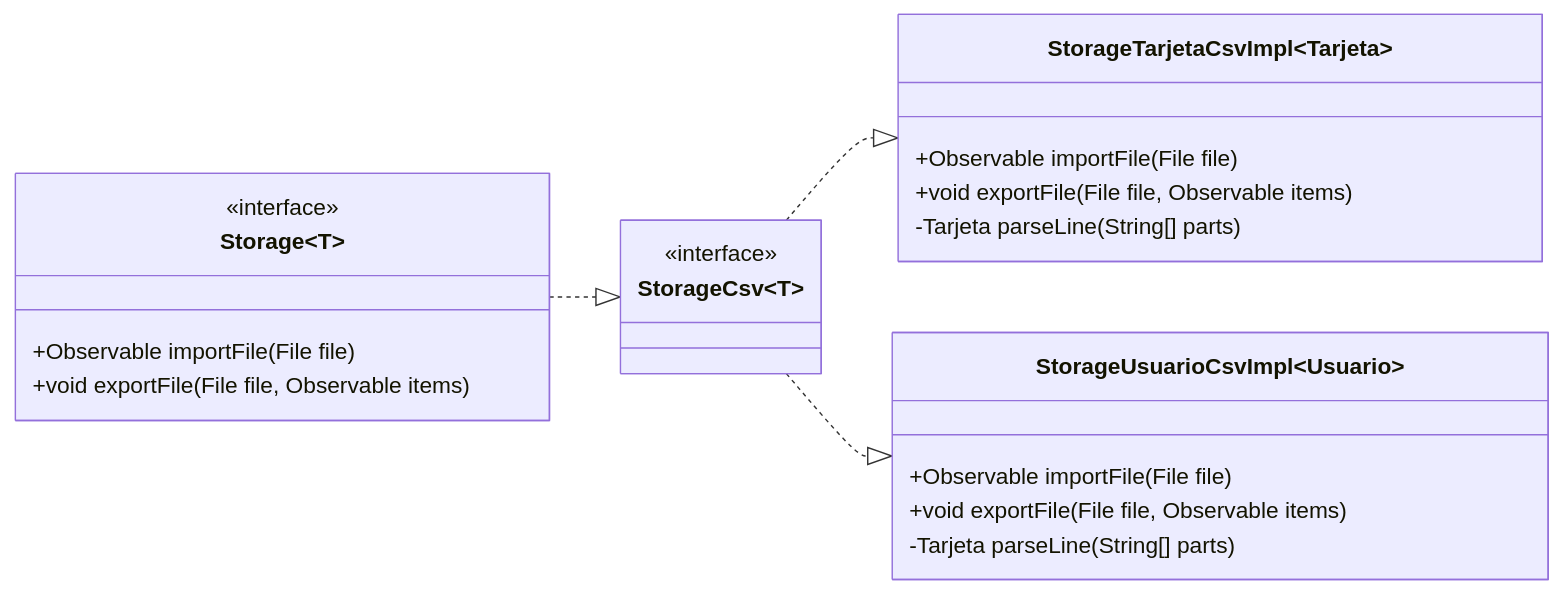
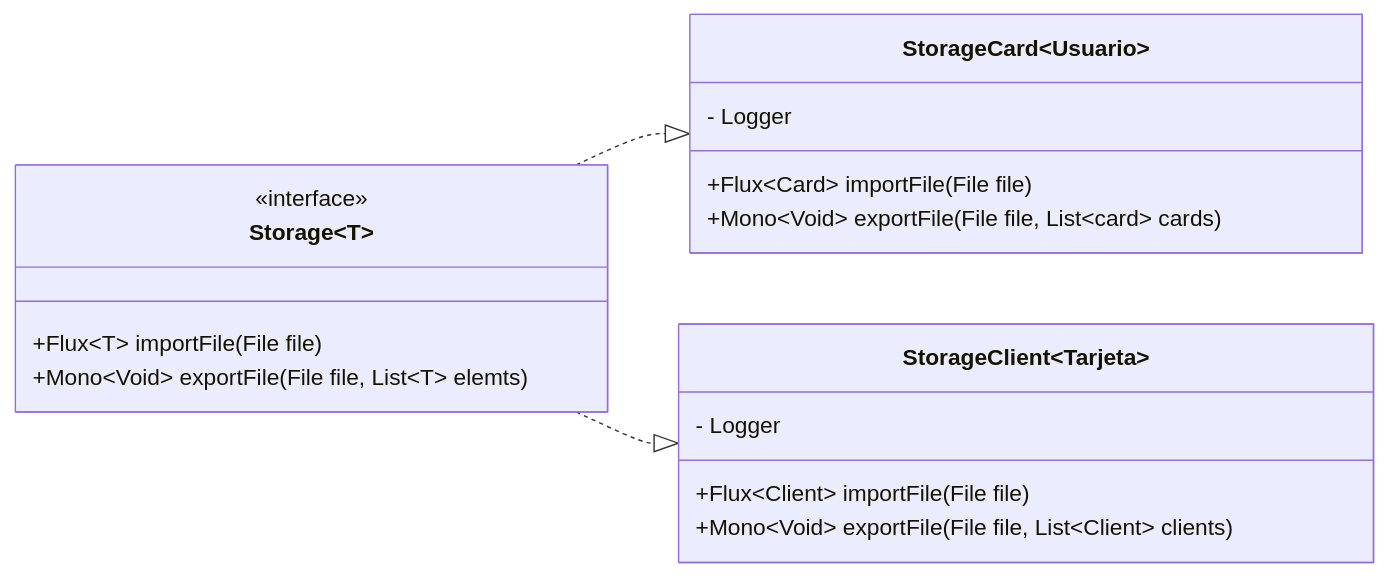
The second of 4 diagrams in README.md (KevinSanchez5/ClientesBancos), drawn with Mermaid before and after one commit.

````diff
--- a/README.md
+++ b/README.md
@@ -148,31 +148,25 @@
 ```mermaid
 classDiagram
     direction LR
     class Storage ~T~   {
         <<interface>>
-        +Observable<T> importFile(File file)
-        +void exportFile(File file, Observable<T> items)
+        +Flux~T~ importFile(File file)
+        +Mono~Void~ exportFile(File file, List~T~ elemts)
     }
 
-
-    class StorageCsv ~T~ {
-        <<interface>>
+    class StorageClient~Tarjeta~ {
+        - Logger
+        +Flux~Client~ importFile(File file)
+        +Mono~Void~ exportFile(File file, List~Client~ clients)
     }
 
-    class StorageTarjetaCsvImpl~Tarjeta~ {
-        +Observable<Tarjeta> importFile(File file)
-        +void exportFile(File file, Observable<Tarjeta> items)
-        -Tarjeta parseLine(String[] parts)
+    class StorageCard~Usuario~ {
+        - Logger
+        +Flux~Card~ importFile(File file)
+        +Mono~Void~ exportFile(File file, List~card~ cards)
     }
 
-    class StorageUsuarioCsvImpl~Usuario~ {
-        +Observable<Tarjeta> importFile(File file)
-        +void exportFile(File file, Observable<Tarjeta> items)
-        -Tarjeta parseLine(String[] parts)
-    }
-
-    Storage ..|> StorageCsv
-    StorageCsv ..|> StorageTarjetaCsvImpl
-     StorageCsv ..|> StorageUsuarioCsvImpl
+    Storage ..|> StorageCard
+     Storage ..|> StorageClient
 
 ```
````
